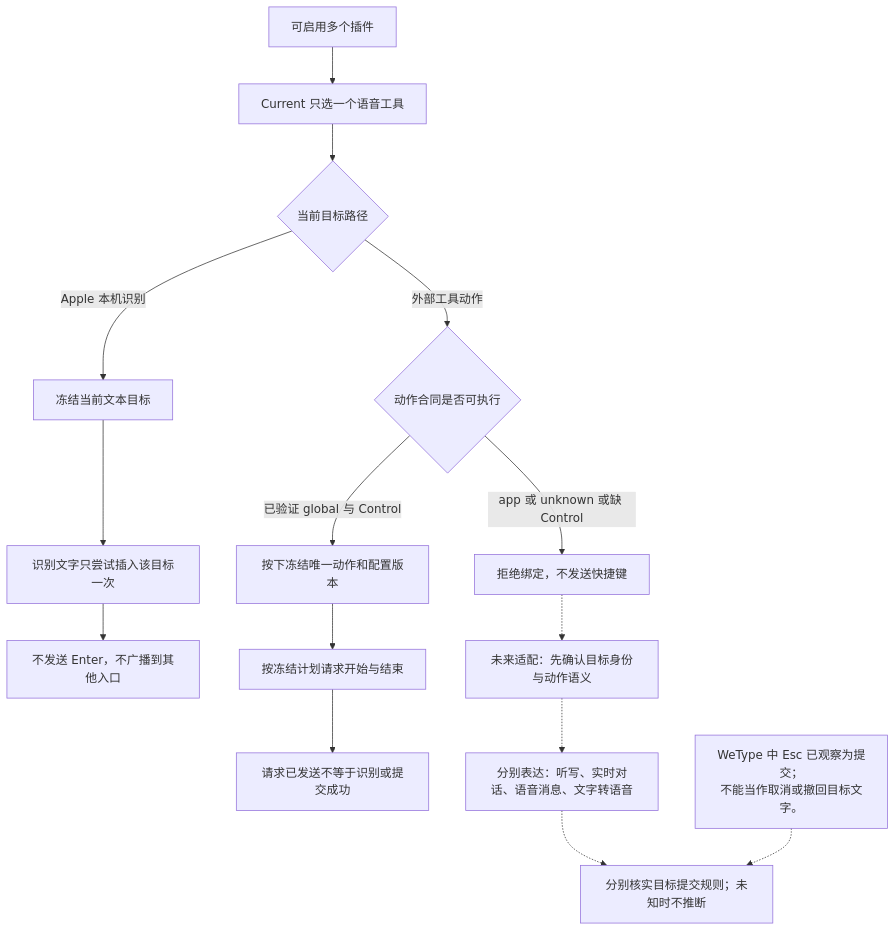
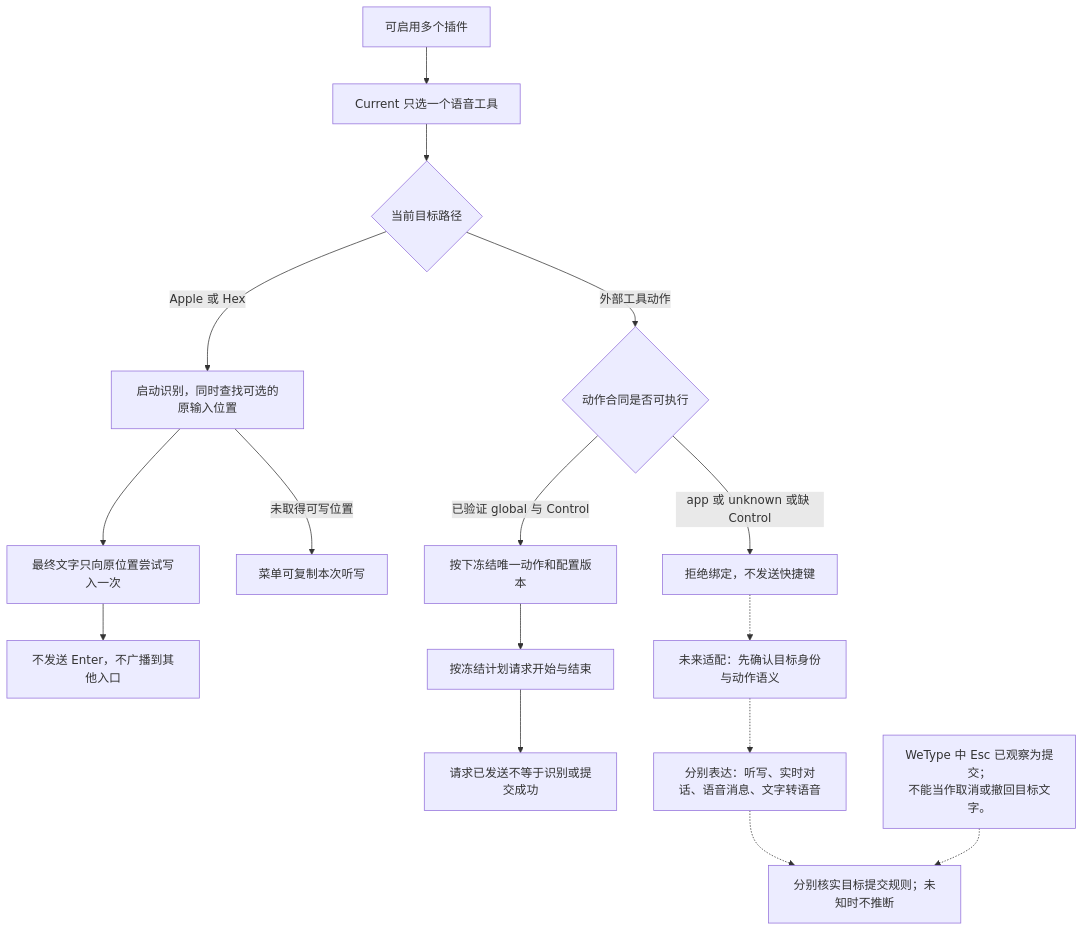
The diagram in tools/workbench/diagrams/voice-entry-boundary.mmd (daftAI2026/MiMac), drawn with Mermaid before and after one commit. The commit also changed 52 other files, not shown here.

```diff
--- a/tools/workbench/diagrams/voice-entry-boundary.mmd
+++ b/tools/workbench/diagrams/voice-entry-boundary.mmd
@@ -1,17 +1,18 @@
 flowchart TD
     enabled["可启用多个插件"] --> current["Current 只选一个语音工具"]
     current --> route{"当前目标路径"}
-    route -->|Apple 本机识别| apple["冻结当前文本目标"]
-    apple --> text["识别文字只尝试插入该目标一次"]
+    route -->|Apple 或 Hex| apple["启动识别，同时查找可选的原输入位置"]
+    apple --> text["最终文字只向原位置尝试写入一次"]
+    apple -->|未取得可写位置| copy["菜单可复制本次听写"]
     text --> noSubmit["不发送 Enter，不广播到其他入口"]
     route -->|外部工具动作| contract{"动作合同是否可执行"}
     contract -->|已验证 global 与 Control| freeze["按下冻结唯一动作和配置版本"]
     freeze --> request["按冻结计划请求开始与结束"]
     request --> outcome["请求已发送不等于识别或提交成功"]
     contract -->|app 或 unknown 或缺 Control| blocked["拒绝绑定，不发送快捷键"]
     blocked -.-> future["未来适配：先确认目标身份与动作语义"]
     future -.-> intent["分别表达：听写、实时对话、语音消息、文字转语音"]
     intent -.-> submit["分别核实目标提交规则；未知时不推断"]
 
     cancelBoundary["WeType 中 Esc 已观察为提交；\n不能当作取消或撤回目标文字。"]
     cancelBoundary -.-> submit
```
